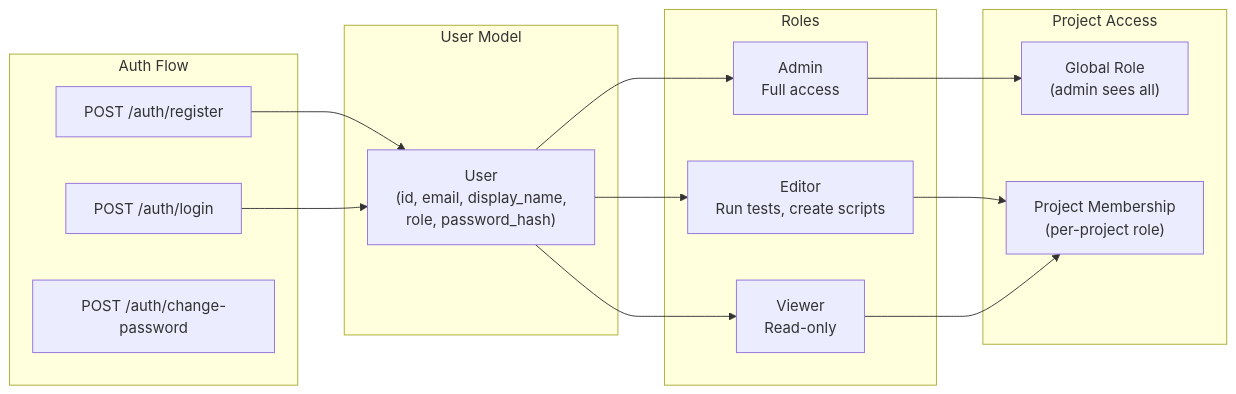
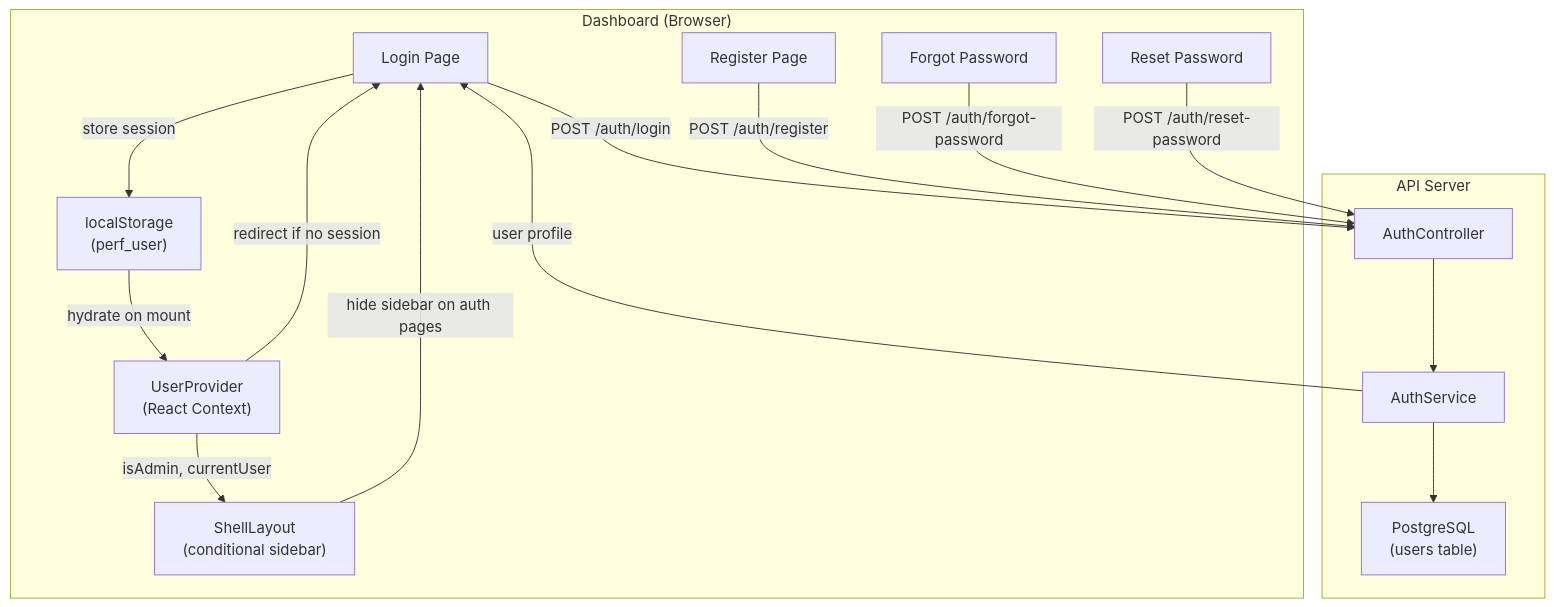
One commit to jj-shen99/uxperf changed the eighth of 9 diagrams in docs/ARCHITECTURE.md. Above: the diagram before and after it, drawn with Mermaid. The commit also changed other lines of this file and 54 other files, not shown here.

First line of the commit message:
fix: resolve webpack cache TypeError, rename Browser Rendering → Content Rendering, add cron reference, consolidate duplicate headers, add regression/integration tests for user_id ownership

````diff
--- a/docs/ARCHITECTURE.md
+++ b/docs/ARCHITECTURE.md
@@ -484,32 +486,31 @@
 ```mermaid
-graph LR
-    subgraph "Auth Flow"
-        Register["POST /auth/register"]
-        Login["POST /auth/login"]
-        ChangePW["POST /auth/change-password"]
+graph TB
+    subgraph "Dashboard (Browser)"
+        LP["Login Page"]
+        RP["Register Page"]
+        FP["Forgot Password"]
+        RSP["Reset Password"]
+        LS["localStorage<br/>(perf_user)"]
+        UP["UserProvider<br/>(React Context)"]
+        SL["ShellLayout<br/>(conditional sidebar)"]
     end
 
-    subgraph "User Model"
-        User["User<br/>(id, email, display_name,<br/>role, password_hash)"]
+    subgraph "API Server"
+        AuthC["AuthController"]
+        AuthS["AuthService"]
+        DB["PostgreSQL<br/>(users table)"]
     end
 
-    subgraph "Roles"
-        Admin["Admin<br/>Full access"]
-        Editor["Editor<br/>Run tests, create scripts"]
-        Viewer["Viewer<br/>Read-only"]
-    end
+    LP -->|"POST /auth/login"| AuthC
+    RP -->|"POST /auth/register"| AuthC
+    FP -->|"POST /auth/forgot-password"| AuthC
+    RSP -->|"POST /auth/reset-password"| AuthC
+    AuthC --> AuthS --> DB
 
-    subgraph "Project Access"
-        Global["Global Role<br/>(admin sees all)"]
-        Membership["Project Membership<br/>(per-project role)"]
-    end
-
-    Register --> User
-    Login --> User
-    User --> Admin
-    User --> Editor
-    User --> Viewer
-    Admin --> Global
-    Editor --> Membership
-    Viewer --> Membership
+    AuthS -->|"user profile"| LP
+    LP -->|"store session"| LS
+    LS -->|"hydrate on mount"| UP
+    UP -->|"redirect if no session"| LP
+    UP -->|"isAdmin, currentUser"| SL
+    SL -->|"hide sidebar on auth pages"| LP
 ```
````
